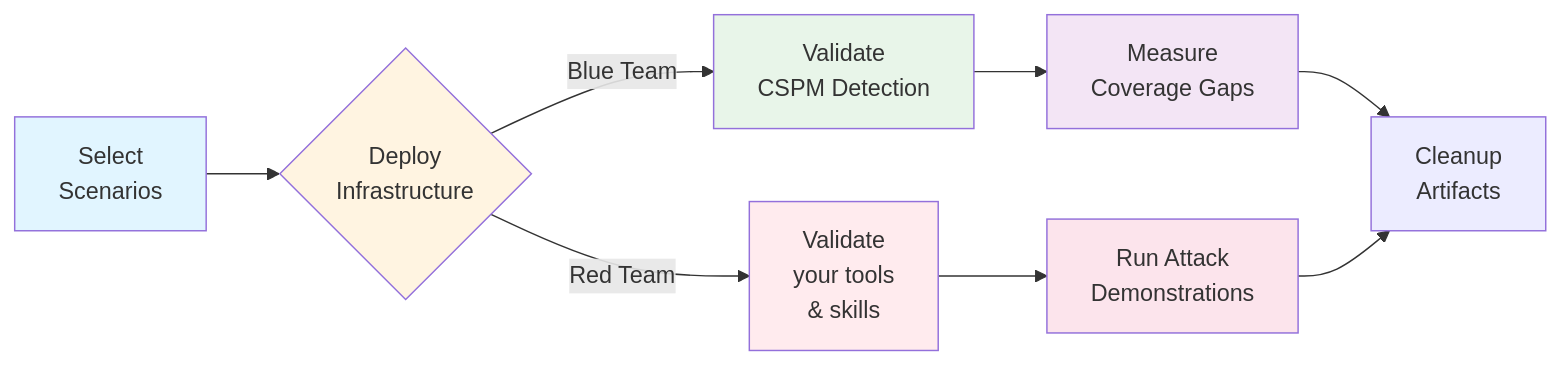
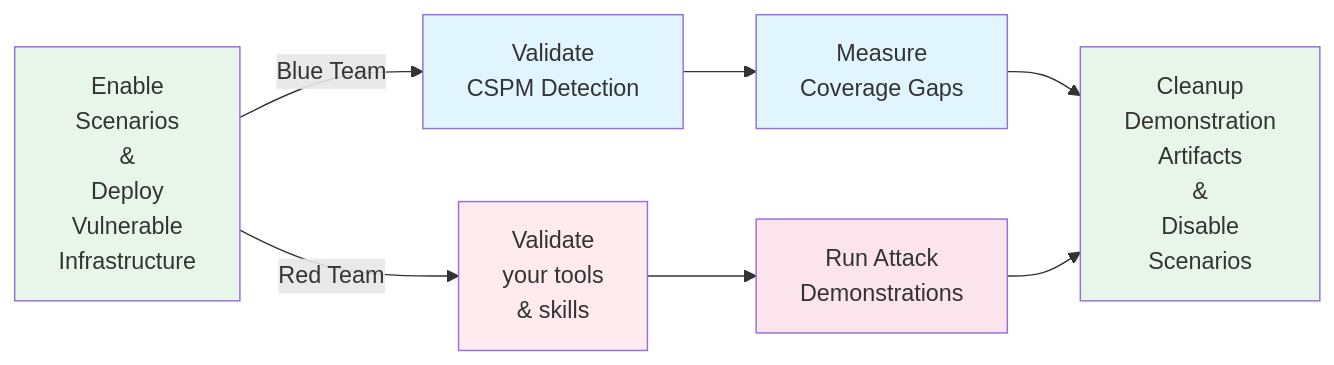
Before and after one commit to DataDog/pathfinding-labs: the diagram in README.md, drawn with Mermaid. The commit also changed other lines of this file and 54 other files, not shown here.

````diff
--- a/README.md
+++ b/README.md
@@ -23,17 +23,19 @@
 ```mermaid
 graph LR
-    A[Select<br/>Scenarios] --> B{Deploy<br/>Infrastructure}
-    B -->|Blue Team| D[ Validate<br/>CSPM Detection]
-    B -->|Red Team| E[ Validate <br/>your tools<br>& skills]
+    A[Enable<br/>Scenarios<br/>&<br/>Deploy<br/>Vulnerable<br/>Infrastructure] 
+    A -->|Blue Team| D[ Validate<br/>CSPM Detection]
+    A -->|Red Team| E[ Validate <br/>your tools<br>& skills]
     D --> F[Measure<br/>Coverage Gaps]
     E --> G[Run Attack<br/>Demonstrations] 
-    F --> H[Cleanup<br/>Artifacts]
+    F --> H[Cleanup<br/>Demonstration<br/>Artifacts<br/>&<br/>Disable<br/>Scenarios]
     G --> H
 
-    style A fill:#e1f5ff
-    style B fill:#fff4e1
-    style D fill:#e8f5e9
+
+    style A fill:#e8f5e9
+    style D fill:#e1f5ff
     style E fill:#ffebee
-    style F fill:#f3e5f5
+    style F fill:#e1f5ff
     style G fill:#fce4ec
+    style H fill:#e8f5e9
+
 ```
````
